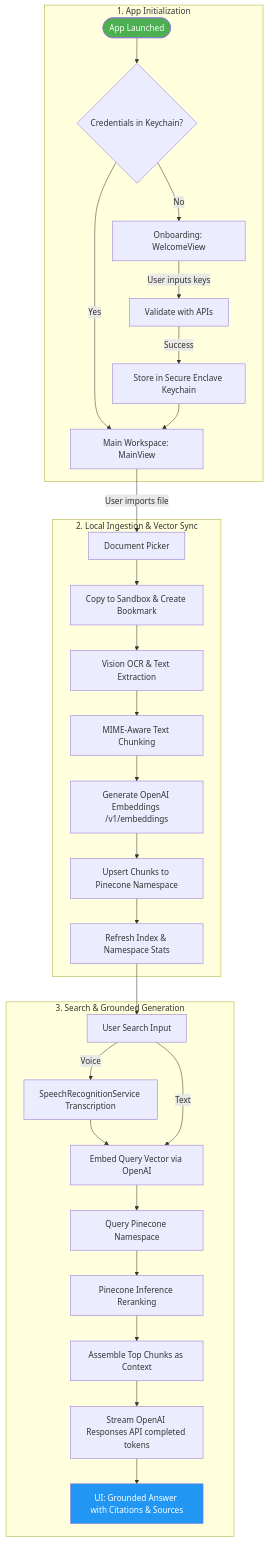
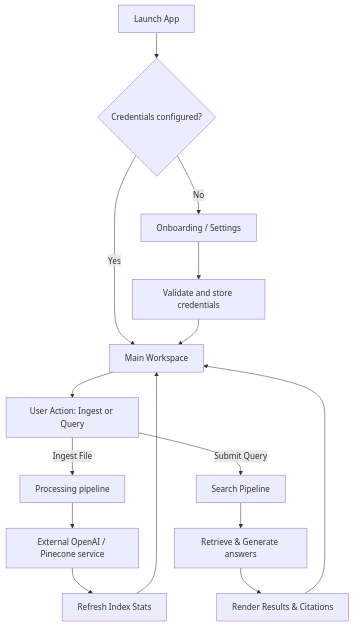
The first of 4 diagrams in README.md (Gunnarguy/OpenCone), drawn with Mermaid before and after one commit. The commit also changed other lines of this file and 11 other files, not shown here.

````diff
--- a/README.md
+++ b/README.md
@@ -39,34 +59,17 @@
 ```mermaid
 flowchart TD
-    subgraph Launch["1. App Initialization"]
-        Start([App Launched]) --> KeysCheck{Credentials in Keychain?}
-        KeysCheck -->|No| Welcome[Onboarding: WelcomeView]
-        KeysCheck -->|Yes| Main[Main Workspace: MainView]
-        Welcome -->|User inputs keys| Validate[Validate with APIs]
-        Validate -->|Success| SaveKeys[Store in Secure Enclave Keychain] --> Main
-    end
-
-    subgraph Ingestion["2. Local Ingestion & Vector Sync"]
-        Main -->|User imports file| DocPicker[Document Picker]
-        DocPicker --> Sandbox[Copy to Sandbox & Create Bookmark]
-        Sandbox --> Extract[Vision OCR & Text Extraction]
-        Extract --> Chunk[MIME-Aware Text Chunking]
-        Chunk --> EmbedDocs[Generate OpenAI Embeddings /v1/embeddings]
-        EmbedDocs --> PineconeUpsert[Upsert Chunks to Pinecone Namespace]
-        PineconeUpsert --> StatsRefresh[Refresh Index & Namespace Stats]
-    end
-
-    subgraph Query["3. Search & Grounded Generation"]
-        StatsRefresh --> SearchPrompt[User Search Input]
-        SearchPrompt -->|Voice| Speech[SpeechRecognitionService Transcription] --> QueryEmbed
-        SearchPrompt -->|Text| QueryEmbed[Embed Query Vector via OpenAI]
-        QueryEmbed --> VectorSearch[Query Pinecone Namespace]
-        VectorSearch --> Rerank[Pinecone Inference Reranking]
-        Rerank --> Context[Assemble Top Chunks as Context]
-        Context --> Completions[Stream OpenAI Responses API completed tokens]
-        Completions --> UIUpdate[UI: Grounded Answer with Citations & Sources]
-    end
-
-    style Start fill:#4CAF50,color:#fff
-    style UIUpdate fill:#2196F3,color:#fff
+    A[Launch App] --> B{Credentials configured?}
+    B -->|No| C[Onboarding / Settings]
+    B -->|Yes| D[Main Workspace]
+    C --> E[Validate and store credentials]
+    E --> D
+    D --> F[User Action: Ingest or Query]
+    F -->|Ingest File| G[Processing pipeline]
+    F -->|Submit Query| J[Search Pipeline]
+    G --> H[External OpenAI / Pinecone service]
+    H --> I[Refresh Index Stats]
+    I --> D
+    J --> K[Retrieve & Generate answers]
+    K --> L[Render Results & Citations]
+    L --> D
 ```
````
